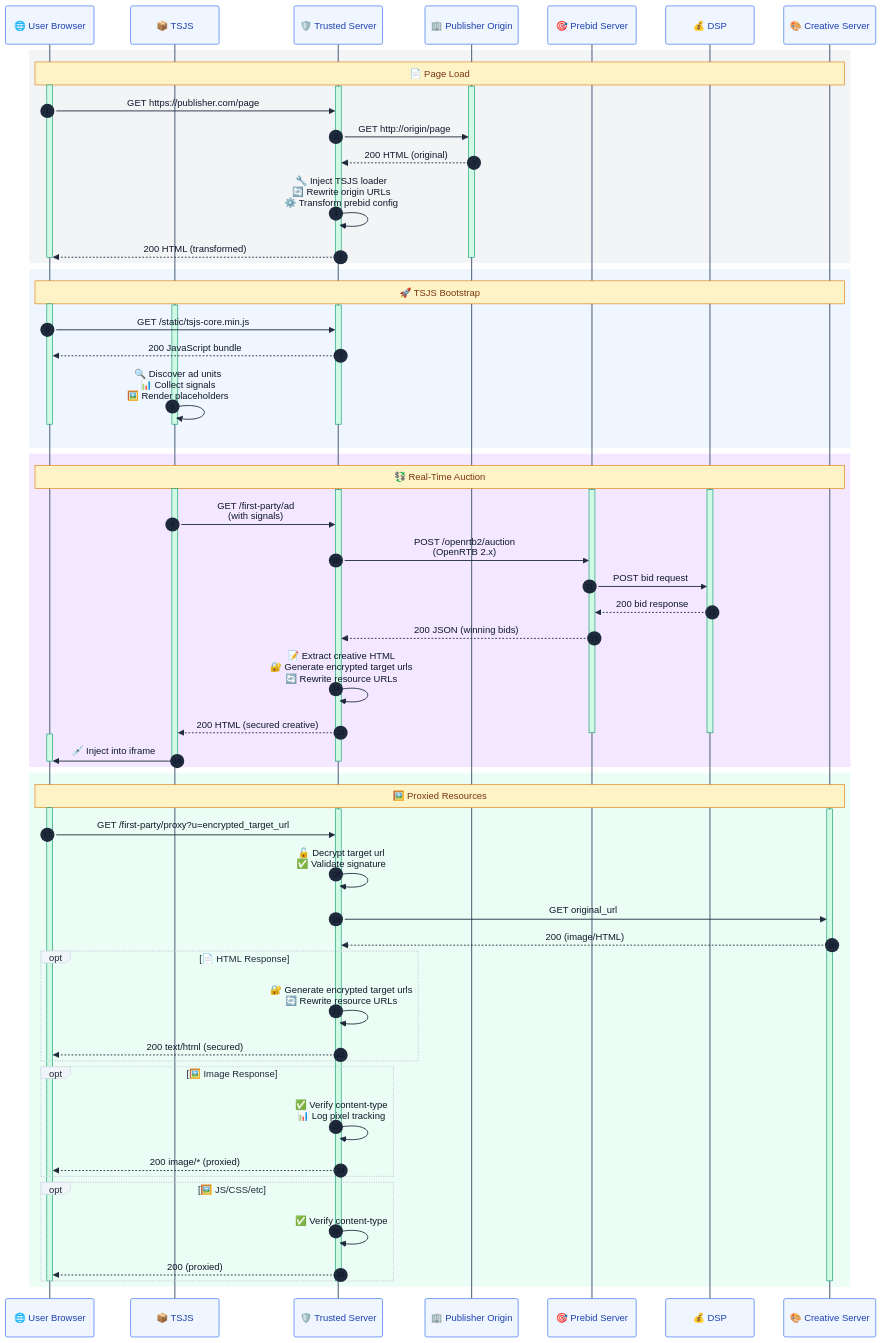
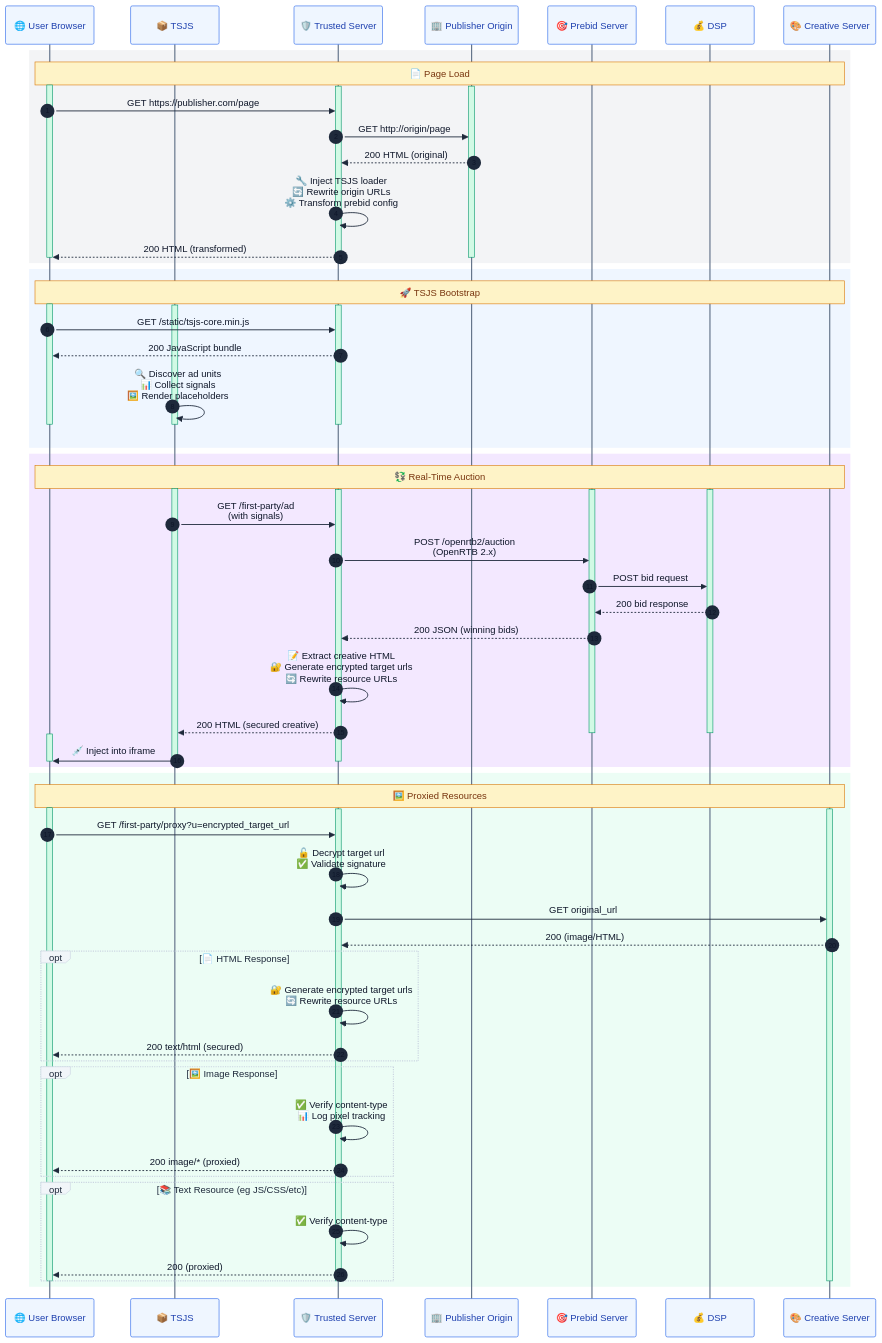
Before and after one commit to IABTechLab/trusted-server: the diagram in SEQUENCE.md, drawn with Mermaid.

Commit message:
Clarified text resources

```diff
--- a/SEQUENCE.md
+++ b/SEQUENCE.md
@@ -30,7 +30,7 @@
     "activationBkgColor": "#d1fae5",
     "sequenceNumberColor": "#0f172a"
   },
-  "themeCSS": ".sequenceNumber{font-size:28px!important;font-weight:900!important;fill:#ffffff!important;paint-order:stroke fill;stroke:transparent;stroke-width:0px;} .sequenceNumber circle{r:35px!important;stroke-width:2px!important;stroke:#1e293b!important;fill:#1e40af!important;} .mermaid svg{background:#ffffff!important;border-radius:8px;box-shadow:0 2px 4px rgba(0,0,0,0.06);} .actor{font-weight:600!important;} .messageText{font-weight:600!important;font-size:16px!important;} .activation0{stroke-width:3px!important;} .messageLine0,.messageLine1{stroke-width:3px!important;} .messageText tspan{font-size:16px!important;} path.messageLine0,path.messageLine1{stroke-width:3px!important;} marker#arrowhead path,marker#crosshead path{stroke-width:2px!important;}"
+  "themeCSS": ".sequenceNumber{font-size:26px!important;font-weight:900!important;fill:#ffffff!important;paint-order:stroke fill;stroke:#1e293b;stroke-width:1px;} .sequenceNumber circle{r:32px!important;stroke-width:3px!important;stroke:#1e293b!important;fill:#2563eb!important;} .mermaid svg{background:#ffffff!important;border-radius:8px;box-shadow:0 2px 4px rgba(0,0,0,0.06);} .actor{font-weight:600!important;} .messageText{font-weight:600!important;font-size:16px!important;} .activation0{stroke-width:3px!important;} .messageLine0,.messageLine1{stroke-width:3px!important;} .messageText tspan{font-size:16px!important;} path.messageLine0,path.messageLine1{stroke-width:3px!important;} marker#arrowhead path,marker#crosshead path{stroke-width:2px!important;}"
 }}%%
 sequenceDiagram
   autonumber
@@ -117,7 +117,7 @@
       TS-->>U: 200 image/* (proxied)
     end
 
-    opt 🖼️ JS/CSS/etc
+    opt 📚 Text Resource (eg JS/CSS/etc)
       TS->>TS: ✅ Verify content-type
       TS-->>U: 200 (proxied)
     end
```
